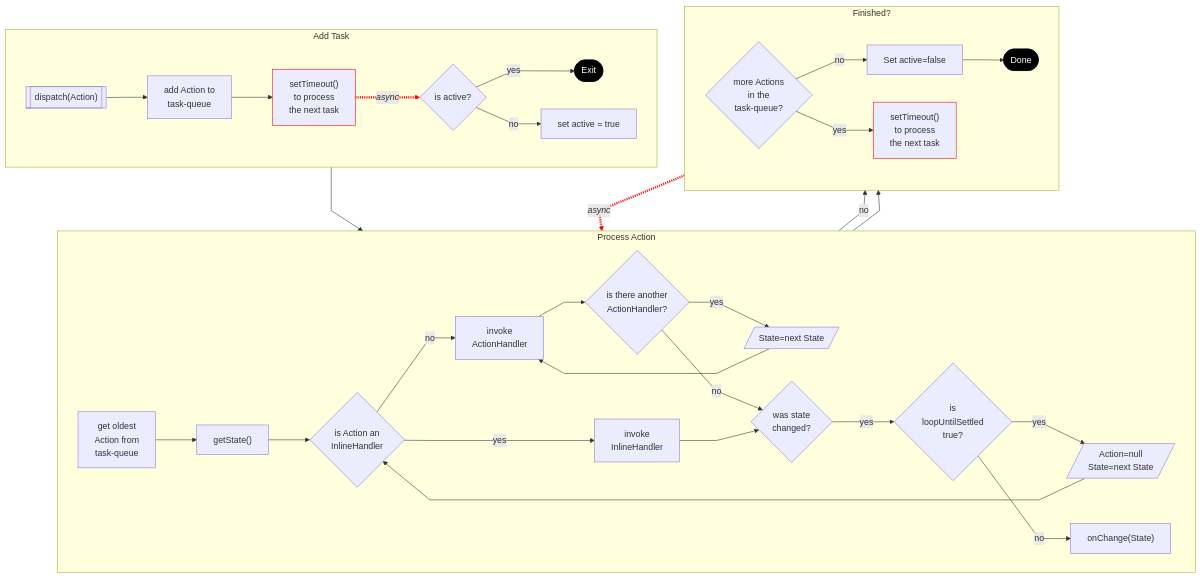
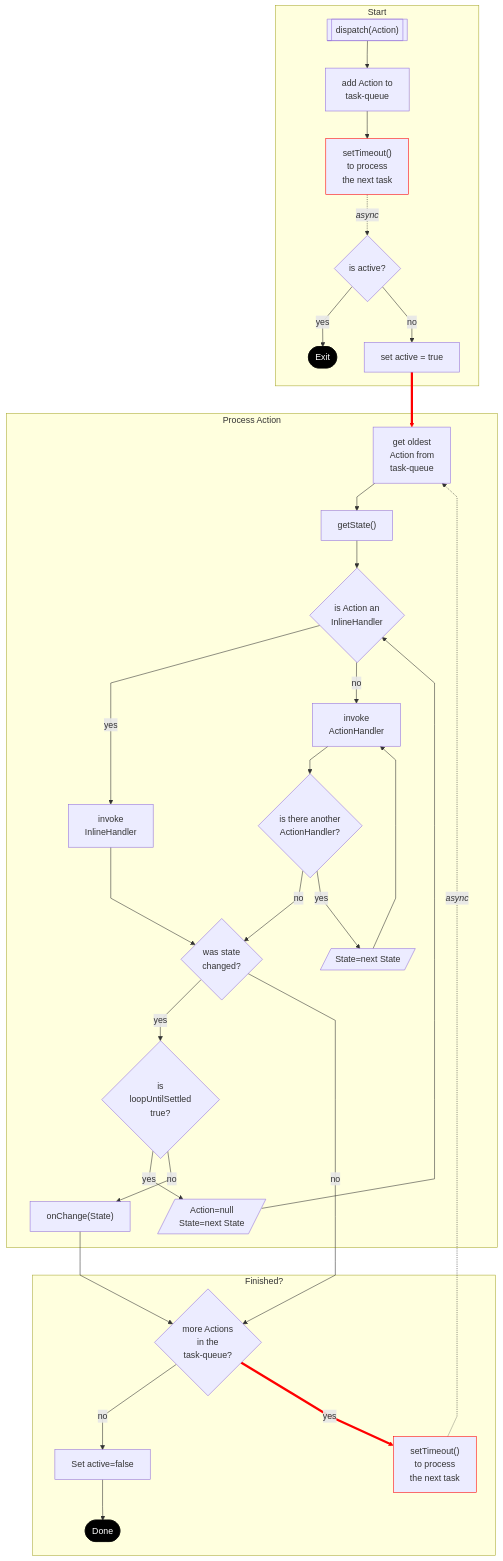
The diagram in README.md (rlmcneary2/reshape-state), drawn with Mermaid before and after one commit.

Commit message:
Untangle flowchart some.

````diff
--- a/README.md
+++ b/README.md
@@ -30,47 +30,66 @@
 ```mermaid
 %%{ init: { "flowchart": { "curve": "linear" } } }%%
 flowchart TD
-   subgraph addTask[Add Task]
-      direction LR
-      start[["dispatch(Action)"]]-->
-      addAction[add Action to<br/>task-queue]-->
-      firstTimeout["setTimeout()<br/>to process<br/>the next task"]-.->|<i>async</i>| isActive{is active?}
-      isActive-->|yes| isActiveYes([Exit])
-      isActive-->|no| isActiveNo[set active = true]
+   isActiveYes([Exit])
+   start[["dispatch(Action)"]]
+   addAction[add Action to<br/>task-queue]
+   firstTimeout["setTimeout()<br/>to process<br/>the next task"]
+   isActive{is active?}
+   isActiveNo[set active = true]
+
+   loopAction[/Action=null<br/>State=next State/]
+   invokeInline[invoke <br/>InlineHandler]
+   getAction[get oldest<br/>Action from<br/>task-queue]
+   getState["getState()"]
+   isActionInlineHandler{is Action an<br/>InlineHandler}
+   isStateChanged{was state<br/>changed?}
+   isLoopUntilSettled{is<br/>loopUntilSettled<br/>true?}
+   onChange["onChange(State)"]
+   invokeActionHandler[invoke<br/>ActionHandler]
+   isAnotherActionHandler{is there another<br/>ActionHandler?}
+   nextAction[/State=next State/]
+
+   isMoreActions{more Actions<br/>in the<br/>task-queue?}
+   isMoreActionsNo[Set active=false]
+   noMoreActions([Done])
+   secondTimeout["setTimeout()<br/>to process<br/>the next task"]
+   
+   subgraph finished[Finished?]
+      isMoreActions-->|no| isMoreActionsNo
+      isMoreActionsNo-->noMoreActions
+      isMoreActions-->|yes| secondTimeout
    end
    subgraph processAction[Process Action]
-      direction LR
-      isActiveNo-->getTask
-      getTask[get oldest<br/>Action from<br/>task-queue]-->
-      getState["getState()"]-->
-      isInline{is Action an<br/>InlineHandler}-->|no| invokeActionHandler[invoke<br/>ActionHandler]
-
-      invokeActionHandler-->isAnotherAction{is there another<br/>ActionHandler?}
-      isAnotherAction-->|yes| nextAction[/State=next State/]
+      getAction-->getState
+      loopAction-->isActionInlineHandler
+      getState-->isActionInlineHandler
+      isLoopUntilSettled-->|yes| loopAction
+      isActionInlineHandler-->|yes| invokeInline
+      isActionInlineHandler-->|no| invokeActionHandler
+      invokeActionHandler-->isAnotherActionHandler
+      isAnotherActionHandler-->|no| isStateChanged
+      isStateChanged-->|yes| isLoopUntilSettled
+      invokeInline-->isStateChanged
+      isAnotherActionHandler-->|yes| nextAction
       nextAction-->invokeActionHandler
-      isAnotherAction-->|no| isStateChanged
-
-      isInline-->|yes| invokeInline[invoke <br/>InlineHandler]
-      invokeInline-->isStateChanged{was state<br/>changed?}
-      isStateChanged-->|yes| isLoopUntilSettled{is<br/>loopUntilSettled<br/>true?}
-      isLoopUntilSettled-->|yes| loopAction[/Action=null<br/>State=next State/]
-      loopAction-->isInline
-      isLoopUntilSettled-->|no| onChange["onChange(State)"]
+      isLoopUntilSettled-->|no| onChange
+      onChange-->isMoreActions
+      isStateChanged-->|no| isMoreActions
+      secondTimeout-.->|<i>async</i>| getAction
    end
-   subgraph finished[Finished?]
-      direction LR
-      isStateChanged-->|no| isMoreActions{more Actions<br/>in the<br/>task-queue?}
-      onChange-->isMoreActions
-      isMoreActions-->|no| isMoreActionsNo[Set active=false]
-      isMoreActionsNo-->noMoreActions([Done])
-      isMoreActions-->|yes| secondTimeout["setTimeout()<br/>to process<br/>the next task"]
-      secondTimeout-.->|<i>async</i>| getTask
+   subgraph addTask[Start]
+      start-->addAction
+      addAction-->firstTimeout
+      firstTimeout-.->|<i>async</i>| isActive
+      isActive-->|yes| isActiveYes
+      isActive-->|no| isActiveNo
+      isActiveNo-->getAction
    end
 
    classDef asyncNode stroke:#F00;
    classDef endNode color:#FFF,fill:#000,stroke:#000
    class firstTimeout,secondTimeout asyncNode
    class isActiveYes,noMoreActions endNode
    linkStyle 2 stroke:#F00,stroke-width:4px
    linkStyle 24 stroke:#F00,stroke-width:4px
 ```
````
